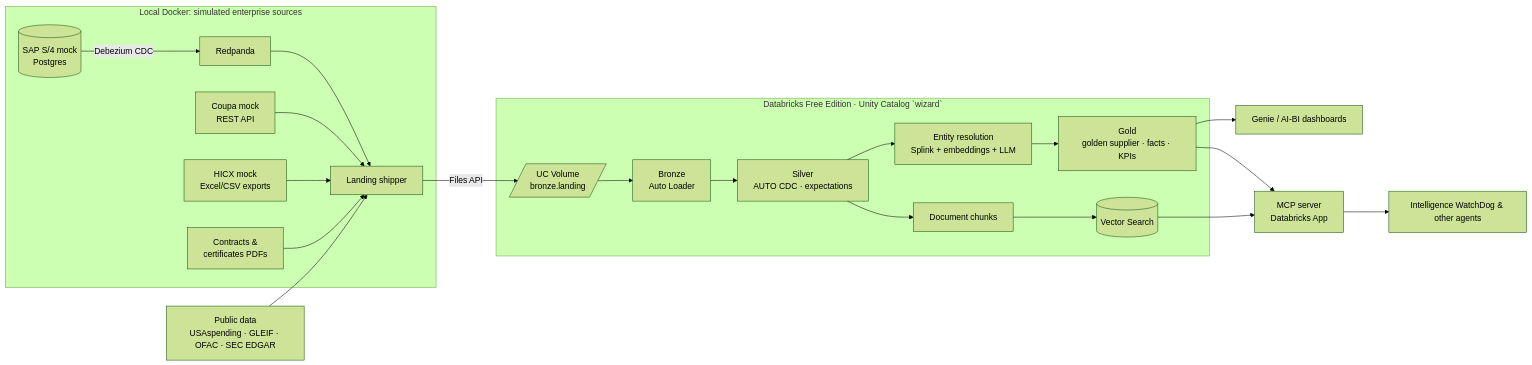
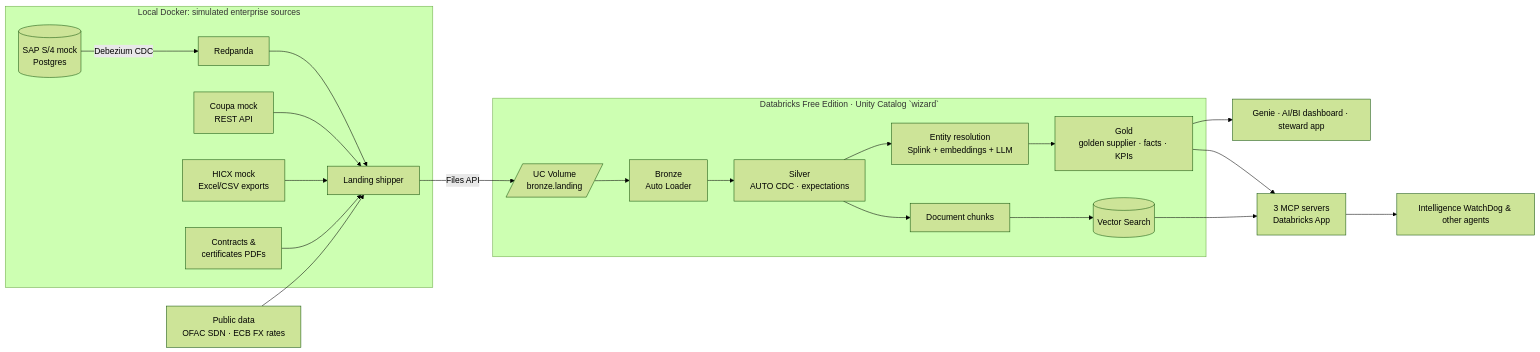
Before and after one commit to Aqueel13/databricks-wizard: the diagram in README.md, drawn with Mermaid (forest theme). The commit also changed other lines of this file and 5 other files, not shown here.

Commit message:
Docs: remove stale claims before going public (unbuilt sources, old ER plan, tech stack, repo layout)

````diff
--- a/README.md
+++ b/README.md
@@ -21,27 +21,27 @@
 ```mermaid
 flowchart LR
   subgraph Local["Local Docker: simulated enterprise sources"]
     SAP[(SAP S/4 mock<br/>Postgres)] -->|Debezium CDC| RP[Redpanda]
     COUPA[Coupa mock<br/>REST API]
     HICX[HICX mock<br/>Excel/CSV exports]
     DOCS[Contracts &<br/>certificates PDFs]
     RP --> SHIP[Landing shipper]
     COUPA --> SHIP
     HICX --> SHIP
     DOCS --> SHIP
   end
-  PUB[Public data<br/>USAspending · GLEIF · OFAC · SEC EDGAR] --> SHIP
+  PUB[Public data<br/>OFAC SDN · ECB FX rates] --> SHIP
   SHIP -->|Files API| VOL[/UC Volume<br/>bronze.landing/]
   subgraph DBX["Databricks Free Edition · Unity Catalog `wizard`"]
     VOL --> B[Bronze<br/>Auto Loader]
     B --> S[Silver<br/>AUTO CDC · expectations]
     S --> ER[Entity resolution<br/>Splink + embeddings + LLM]
     ER --> G[Gold<br/>golden supplier · facts · KPIs]
     S --> KN[Document chunks]
     KN --> VS[(Vector Search)]
   end
-  G --> GENIE[Genie / AI-BI dashboards]
-  G --> MCP[MCP server<br/>Databricks App]
+  G --> GENIE[Genie · AI/BI dashboard · steward app]
+  G --> MCP[3 MCP servers<br/>Databricks App]
   VS --> MCP
   MCP --> WD[Intelligence WatchDog & other agents]
 ```
````
